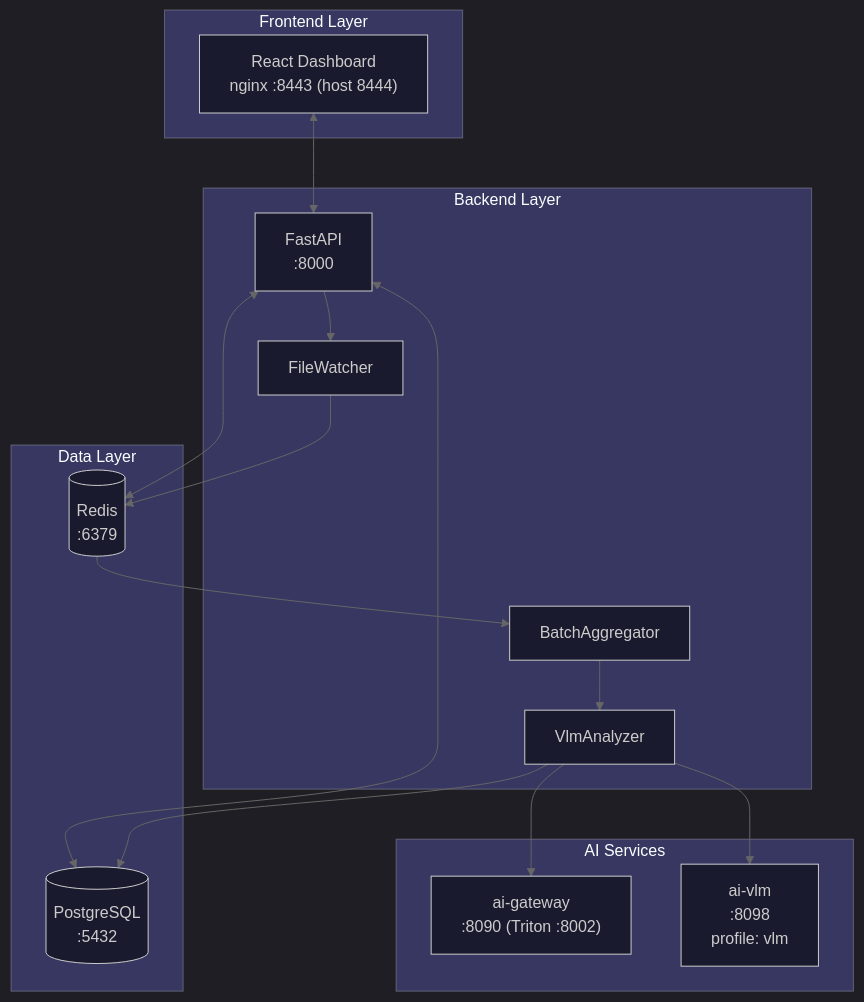
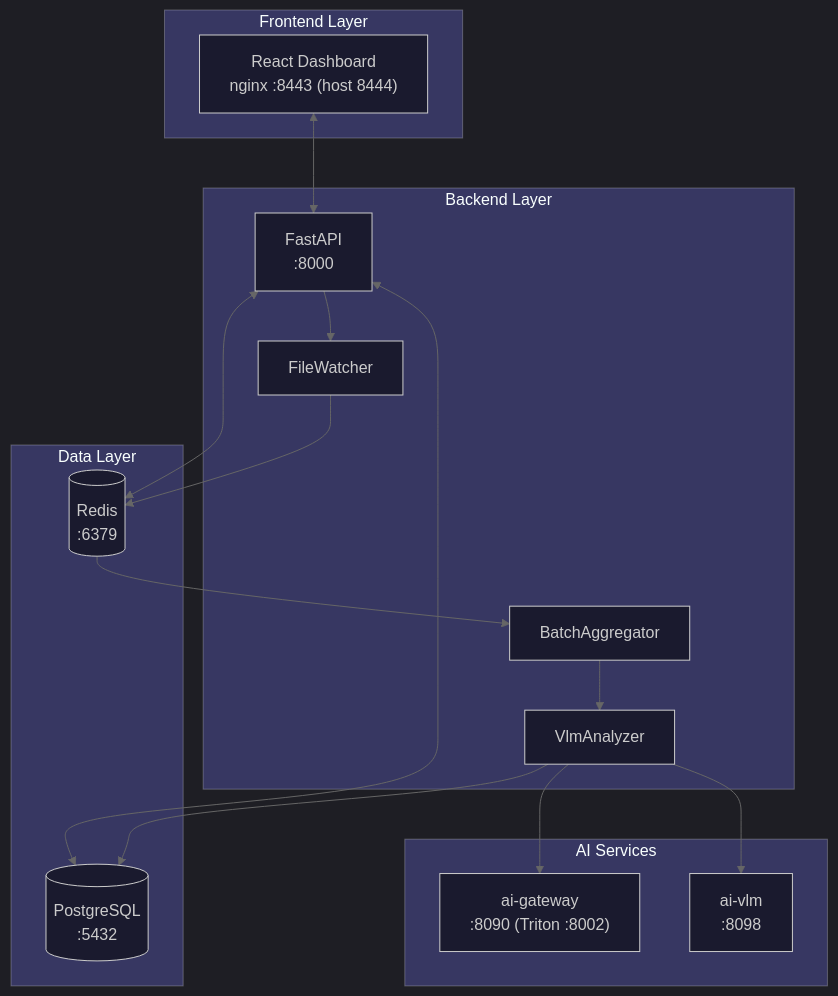
The eighth of 9 diagrams in docs/diagrams/README.md (mikesvoboda/nemotron-v3-home-security-intelligence), drawn with Mermaid before and after one commit. The commit also changed other lines of this file and 56 other files, not shown here.

````diff
--- a/docs/diagrams/README.md
+++ b/docs/diagrams/README.md
@@ -190,47 +190,47 @@
 ```mermaid
 %%{init: {
   'theme': 'dark',
   'themeVariables': {
     'primaryColor': '#3B82F6',
     'primaryTextColor': '#FFFFFF',
     'primaryBorderColor': '#60A5FA',
     'secondaryColor': '#A855F7',
     'tertiaryColor': '#009688',
     'background': '#121212',
     'mainBkg': '#1a1a2e',
     'lineColor': '#666666'
   }
 }}%%
 flowchart TB
     subgraph Frontend["Frontend Layer"]
         UI["React Dashboard<br/>nginx :8443 (host 8444)"]
     end
 
     subgraph Backend["Backend Layer"]
         API["FastAPI<br/>:8000"]
         FW[FileWatcher]
         BA[BatchAggregator]
         VA[VlmAnalyzer]
     end
 
     subgraph AI["AI Services"]
         GW["ai-gateway<br/>:8090 (Triton :8002)"]
-        VLM["ai-vlm<br/>:8098<br/>profile: vlm"]
+        VLM["ai-vlm<br/>:8098"]
     end
 
     subgraph Storage["Data Layer"]
         DB[(PostgreSQL<br/>:5432)]
         REDIS[(Redis<br/>:6379)]
     end
 
     UI <--> API
     API --> FW
     FW --> REDIS
     REDIS --> BA
     BA --> VA
     VA --> GW
     VA --> VLM
     VA --> DB
     API <--> DB
     API <--> REDIS
 ```
````
